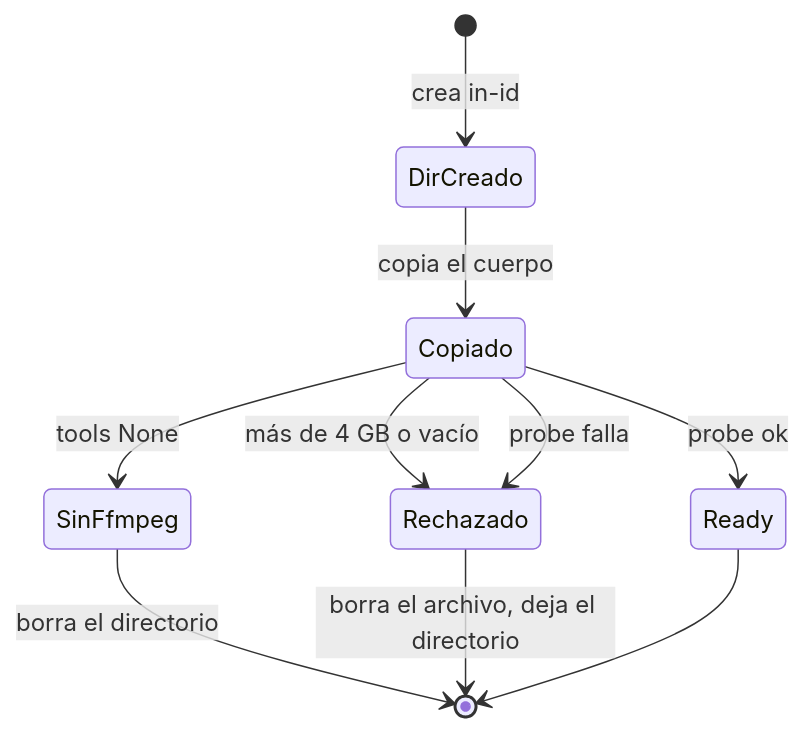
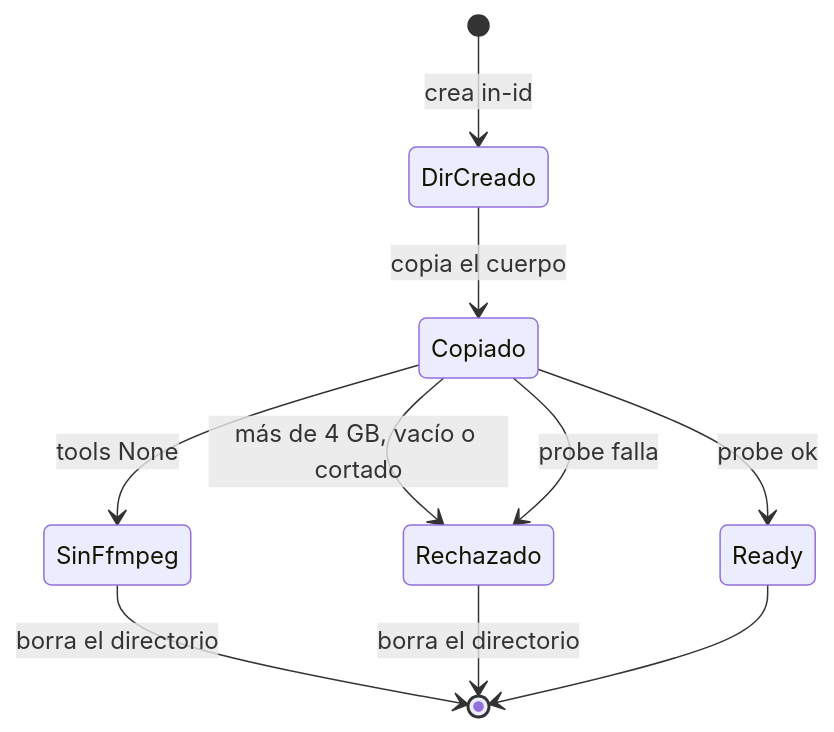
One commit to s110/resizer changed the eighth of 12 diagrams in docs/codebase/STATE_MACHINES.md. Above: the diagram before and after it, drawn with Mermaid. The commit also changed other lines of this file, not shown here.

````diff
--- a/docs/codebase/STATE_MACHINES.md
+++ b/docs/codebase/STATE_MACHINES.md
@@ -541,12 +600,12 @@
 ```mermaid
 stateDiagram-v2
     [*] --> DirCreado: crea in-id
     DirCreado --> Copiado: copia el cuerpo
-    Copiado --> Rechazado: más de 4 GB o vacío
+    Copiado --> Rechazado: más de 4 GB, vacío o cortado
     Copiado --> SinFfmpeg: tools None
     Copiado --> Rechazado: probe falla
     Copiado --> Ready: probe ok
     SinFfmpeg --> [*]: borra el directorio
-    Rechazado --> [*]: borra el archivo, deja el directorio
+    Rechazado --> [*]: borra el directorio
     Ready --> [*]
 ```
````
